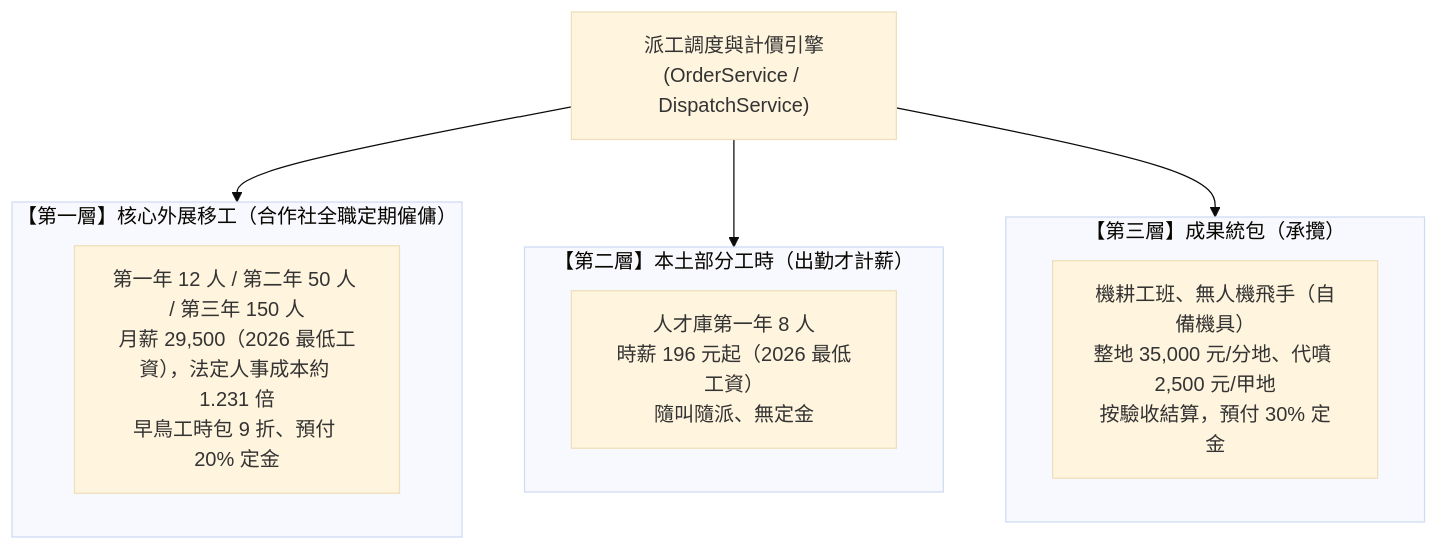
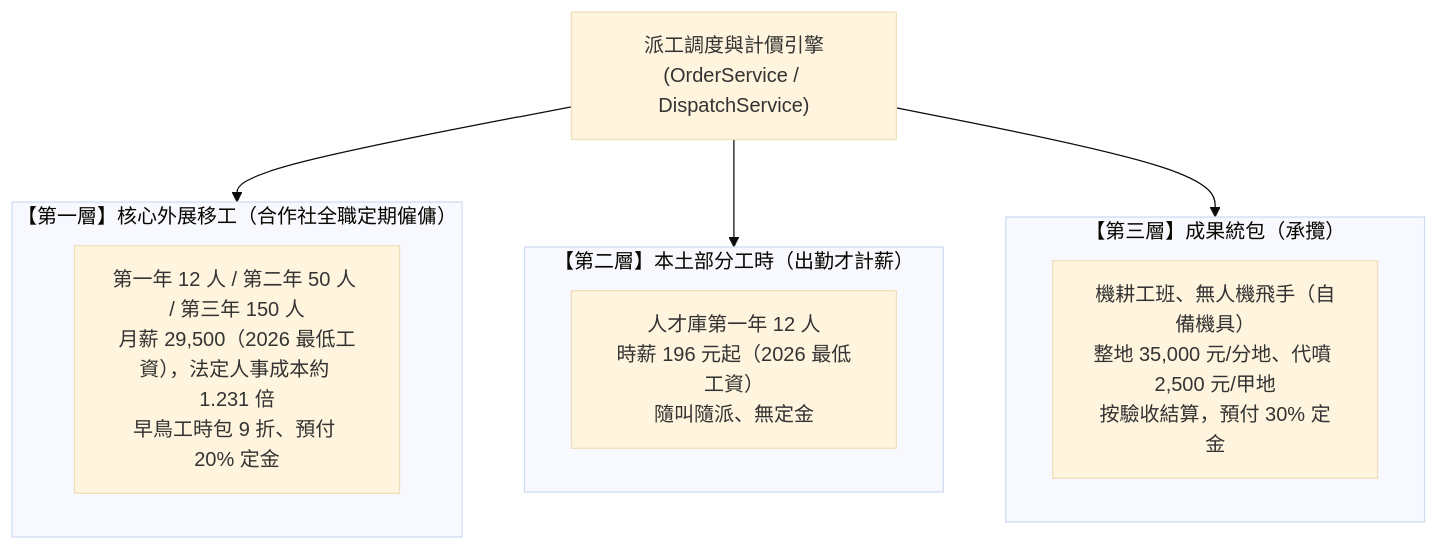
One commit to xx8888x/agridispatch changed the first of 5 diagrams in 07_系統分析及文件/01_系統分析與架構設計規格書.md. Above: the diagram before and after it, drawn with Mermaid (base theme). The commit also changed other lines of this file and 28 other files, not shown here.

````diff
--- a/07_系統分析及文件/01_系統分析與架構設計規格書.md
+++ b/07_系統分析及文件/01_系統分析與架構設計規格書.md
@@ -28,15 +28,15 @@
 ```mermaid
 flowchart TD
     subgraph Tier1 ["【第一層】核心外展移工（合作社全職定期僱傭）"]
         T1_Desc["第一年 12 人 / 第二年 50 人 / 第三年 150 人<br/>月薪 29,500（2026 最低工資），法定人事成本約 1.231 倍<br/>早鳥工時包 9 折、預付 20% 定金"]
     end
     subgraph Tier2 ["【第二層】本土部分工時（出勤才計薪）"]
-        T2_Desc["人才庫第一年 8 人<br/>時薪 196 元起（2026 最低工資）<br/>隨叫隨派、無定金"]
+        T2_Desc["人才庫第一年 12 人<br/>時薪 196 元起（2026 最低工資）<br/>隨叫隨派、無定金"]
     end
     subgraph Tier3 ["【第三層】成果統包（承攬）"]
         T3_Desc["機耕工班、無人機飛手（自備機具）<br/>整地 35,000 元/分地、代噴 2,500 元/甲地<br/>按驗收結算，預付 30% 定金"]
     end
     Engine["派工調度與計價引擎<br/>(OrderService / DispatchService)"] --> Tier1
     Engine --> Tier2
     Engine --> Tier3
 ```
````
